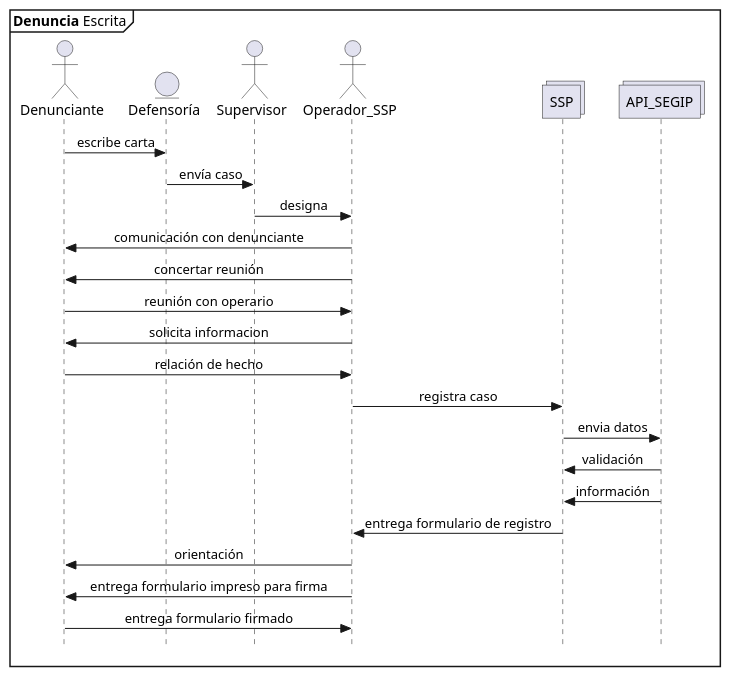
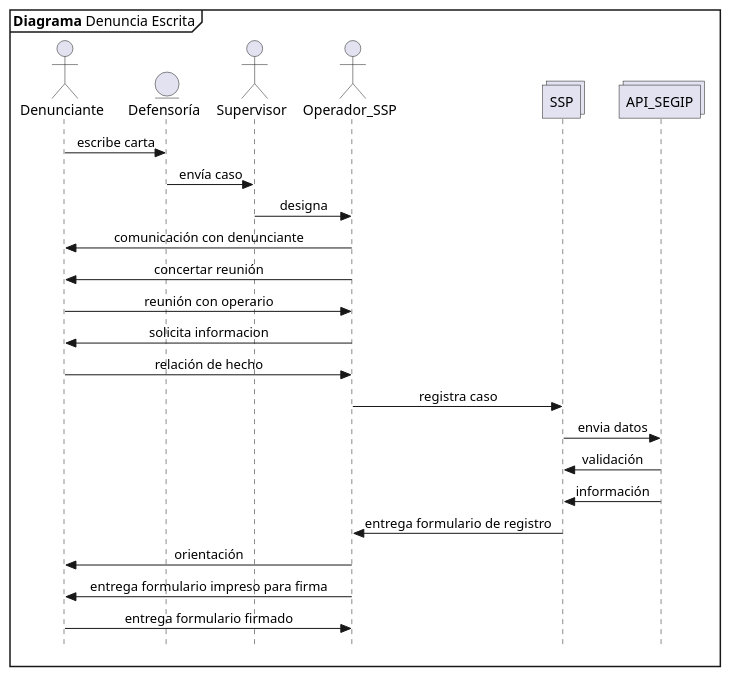
Before and after one commit to n1m0d0/defdiag: the diagram in propuesta SSP/04 pre registro por escrito.plantuml, drawn with PlantUML. The commit also changed 4 other files, not shown here.

Commit message:
Nombres de los diagramas del 1 al 5

```diff
--- a/propuesta SSP/04 pre registro por escrito.plantuml
+++ b/propuesta SSP/04 pre registro por escrito.plantuml
@@ -1,31 +1,31 @@
 @startuml Denuncia_Escrita
 skinparam Style strictuml
 skinparam SequenceMessageAlignment center
 
-mainframe **Denuncia** Escrita
+mainframe **Diagrama** Denuncia Escrita
 
 actor Denunciante as pre
 entity Defensoría as def
 actor Supervisor as sup
 actor Operador_SSP as opssp
 collections SSP
 collections API_SEGIP as segip
 
 pre -> def : escribe carta
 def->sup :envía caso
 sup->opssp : designa
 opssp->pre : comunicación con denunciante
 opssp->pre : concertar reunión
 pre->opssp : reunión con operario
 opssp -> pre : solicita informacion
 pre->opssp : relación de hecho
 opssp->SSP : registra caso
 SSP -> segip : envia datos
 segip -> SSP : validación
 segip -> SSP : información
 SSP->opssp : entrega formulario de registro
 opssp->pre : orientación
 opssp->pre : entrega formulario impreso para firma
 pre->opssp : entrega formulario firmado
 
 @enduml
```
